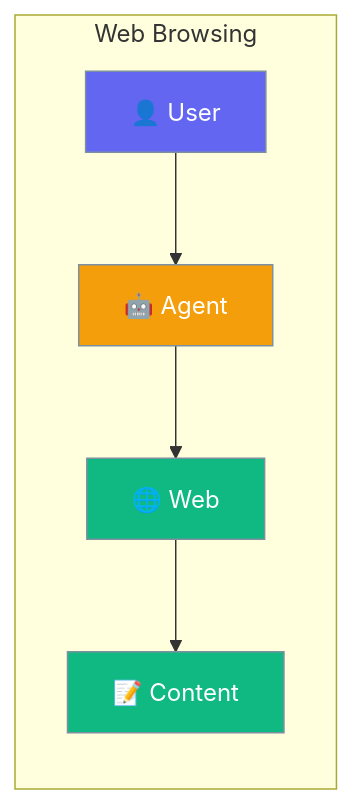
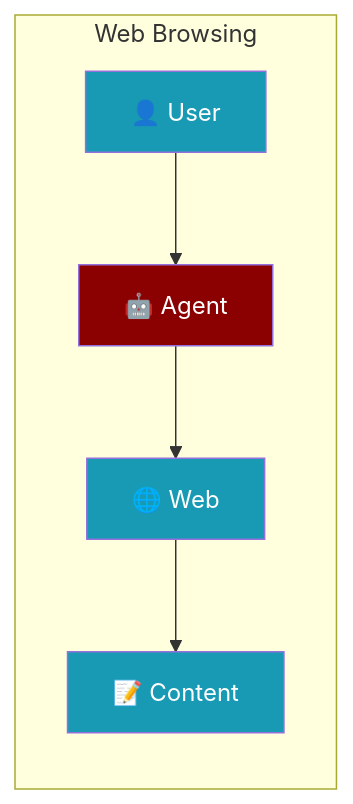
One commit to MervinPraison/PraisonAIDocs changed the first of 2 diagrams in docs/js/web.mdx. Above: the diagram before and after it, drawn with Mermaid. The commit also changed 14 other files, not shown here.

````diff
--- a/docs/js/web.mdx
+++ b/docs/js/web.mdx
@@ -10,16 +10,14 @@
 ```mermaid
 graph LR
     subgraph "Web Browsing"
         A[👤 User] --> B[🤖 Agent]
         B --> C[🌐 Web]
         C --> D[📝 Content]
     end
-    
-    classDef user fill:#6366F1,stroke:#7C90A0,color:#fff
-    classDef agent fill:#F59E0B,stroke:#7C90A0,color:#fff
-    classDef web fill:#10B981,stroke:#7C90A0,color:#fff
-    
-    class A user
+
+    classDef agent fill:#8B0000,color:#fff
+    classDef tool fill:#189AB4,color:#fff
+
     class B agent
-    class C,D web
+    class A,C,D tool
 ```
````
